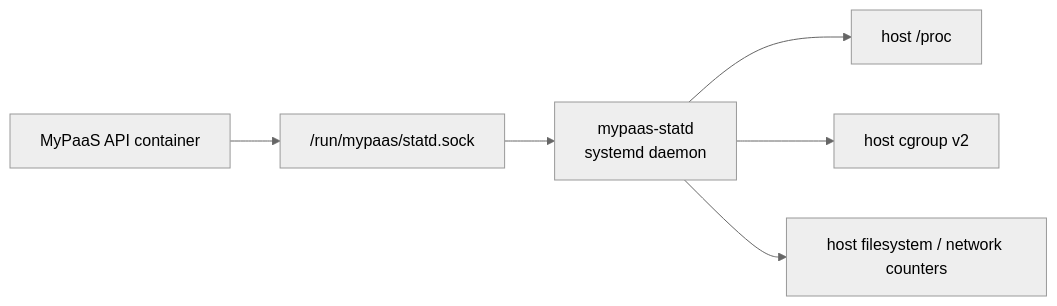
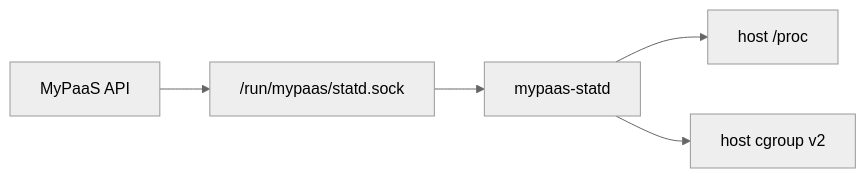
Before and after one commit to howlil/MyPaas: the first of 2 diagrams in docs/STATD.md, drawn with Mermaid (neutral theme). The commit also changed other lines of this file, not shown here.

Commit message:
docs: remove statd benchmark evidence from product docs

````diff
--- a/docs/STATD.md
+++ b/docs/STATD.md
@@ -21,8 +7,7 @@
 ```mermaid
 flowchart LR
-    API["MyPaaS API container"] --> Socket["/run/mypaas/statd.sock"]
-    Socket --> Statd["mypaas-statd\nsystemd daemon"]
+    API["MyPaaS API"] --> Socket["/run/mypaas/statd.sock"]
+    Socket --> Statd["mypaas-statd"]
     Statd --> Proc["host /proc"]
     Statd --> Cgroup["host cgroup v2"]
-    Statd --> FS["host filesystem / network counters"]
 ```
````
